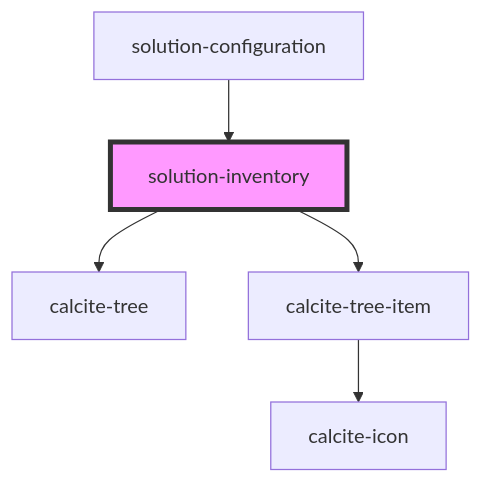
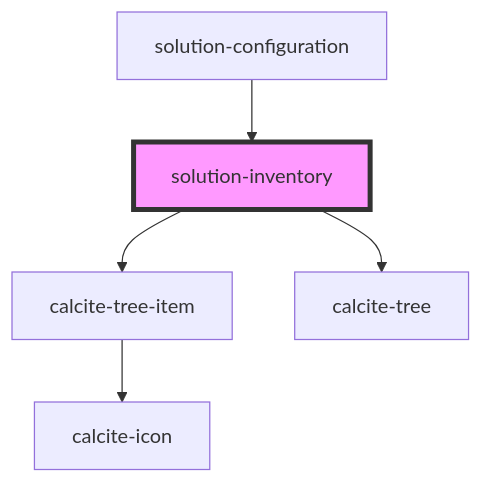
Before and after one commit to Esri/solutions-components: the diagram in src/components/solution-inventory/readme.md, drawn with Mermaid. The commit also changed other lines of this file and 4 other files, not shown here.

````diff
--- a/src/components/solution-inventory/readme.md
+++ b/src/components/solution-inventory/readme.md
@@ -28,8 +35,8 @@
 ```mermaid
 graph TD;
+  solution-inventory --> calcite-tree-item
   solution-inventory --> calcite-tree
-  solution-inventory --> calcite-tree-item
   calcite-tree-item --> calcite-icon
   solution-configuration --> solution-inventory
   style solution-inventory fill:#f9f,stroke:#333,stroke-width:4px
 ```
````
